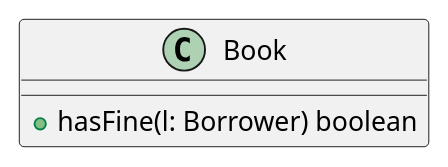
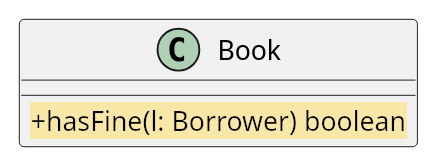
One commit to HAN-Craftsmanship-KL-JJG/oose-study changed diagram 13 of 23 in app/check-design/_sections/common-mistakes-before-and-after.mdx. Above: the diagram before and after it, drawn with PlantUML. The commit also changed other lines of this file and 37 other files, not shown here.

````diff
--- a/app/check-design/_sections/common-mistakes-before-and-after.mdx
+++ b/app/check-design/_sections/common-mistakes-before-and-after.mdx
@@ -169,6 +169,6 @@
 ```plantuml
     left to right direction
     class Book {
-        +hasFine(l: Borrower) boolean
+        <back:#F9E7A8>+hasFine(l: Borrower) boolean</back>
     }
 ```
````
